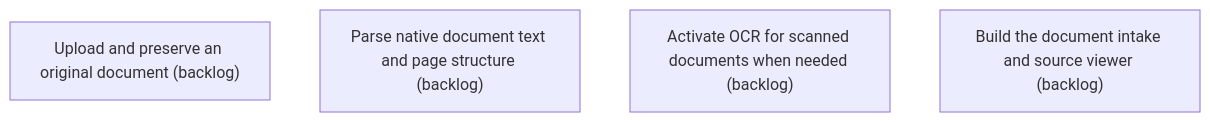
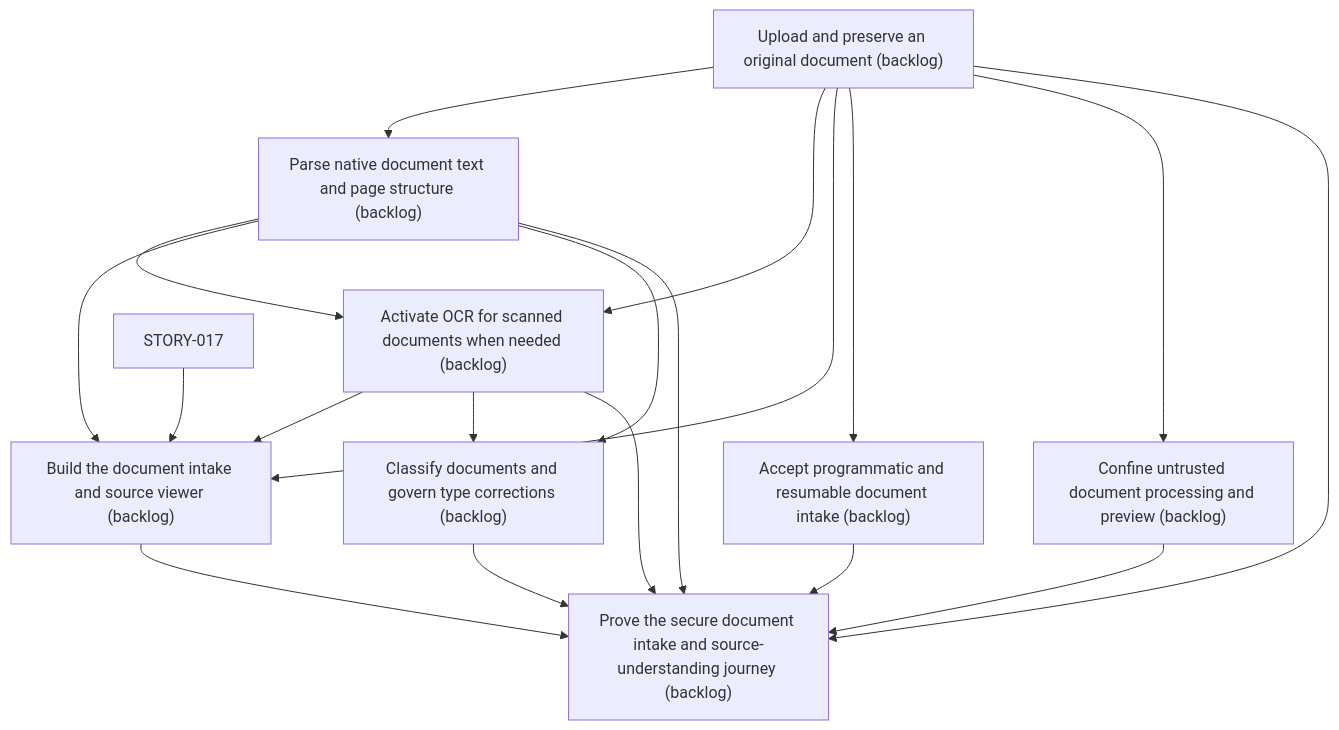
Before and after one commit to asadayoub/Evidentia: the diagram in .skyhook/plan/epics/JA6EY894YZ69F5JN40GG143M2S.md, drawn with Mermaid. The commit also changed other lines of this file and 50 other files, not shown here.

Commit message:
chore(skyhook): establish full product story roadmap

````diff
--- a/.skyhook/plan/epics/JA6EY894YZ69F5JN40GG143M2S.md
+++ b/.skyhook/plan/epics/JA6EY894YZ69F5JN40GG143M2S.md
@@ -23,7 +27,29 @@
 ```mermaid
 flowchart TD
     XRSZ0A5WZEQB0PQYD34PYR8EW3["Upload and preserve an original document (backlog)"]
     J2ZHMCR2DNQSHD1VZY7CECT2HT["Parse native document text and page structure (backlog)"]
+    XRSZ0A5WZEQB0PQYD34PYR8EW3 --> J2ZHMCR2DNQSHD1VZY7CECT2HT
     9M4MDW7FN1SGECW2X23WF01501["Activate OCR for scanned documents when needed (backlog)"]
+    XRSZ0A5WZEQB0PQYD34PYR8EW3 --> 9M4MDW7FN1SGECW2X23WF01501
+    J2ZHMCR2DNQSHD1VZY7CECT2HT --> 9M4MDW7FN1SGECW2X23WF01501
     AN2RM9JX2PBR6J1NQ1KSHBYHSQ["Build the document intake and source viewer (backlog)"]
+    STORY-017 --> AN2RM9JX2PBR6J1NQ1KSHBYHSQ
+    XRSZ0A5WZEQB0PQYD34PYR8EW3 --> AN2RM9JX2PBR6J1NQ1KSHBYHSQ
+    J2ZHMCR2DNQSHD1VZY7CECT2HT --> AN2RM9JX2PBR6J1NQ1KSHBYHSQ
+    9M4MDW7FN1SGECW2X23WF01501 --> AN2RM9JX2PBR6J1NQ1KSHBYHSQ
+    STORY-019["Accept programmatic and resumable document intake (backlog)"]
+    XRSZ0A5WZEQB0PQYD34PYR8EW3 --> STORY-019
+    STORY-020["Classify documents and govern type corrections (backlog)"]
+    J2ZHMCR2DNQSHD1VZY7CECT2HT --> STORY-020
+    9M4MDW7FN1SGECW2X23WF01501 --> STORY-020
+    STORY-021["Confine untrusted document processing and preview (backlog)"]
+    XRSZ0A5WZEQB0PQYD34PYR8EW3 --> STORY-021
+    STORY-022["Prove the secure document intake and source-understanding journey (backlog)"]
+    XRSZ0A5WZEQB0PQYD34PYR8EW3 --> STORY-022
+    J2ZHMCR2DNQSHD1VZY7CECT2HT --> STORY-022
+    9M4MDW7FN1SGECW2X23WF01501 --> STORY-022
+    AN2RM9JX2PBR6J1NQ1KSHBYHSQ --> STORY-022
+    STORY-019 --> STORY-022
+    STORY-020 --> STORY-022
+    STORY-021 --> STORY-022
 ```
````
